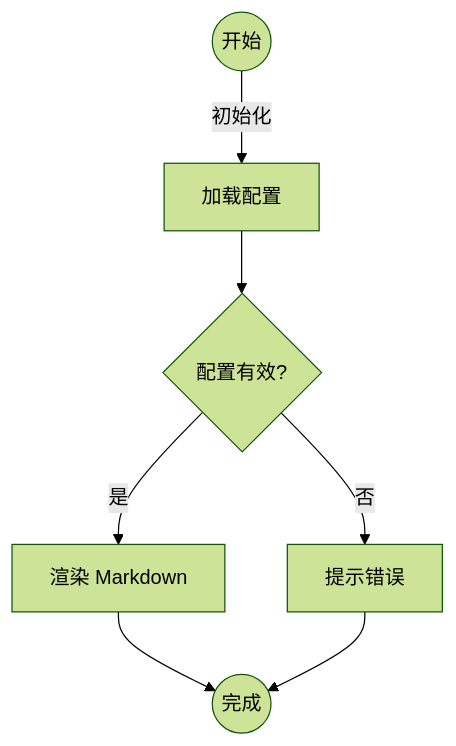
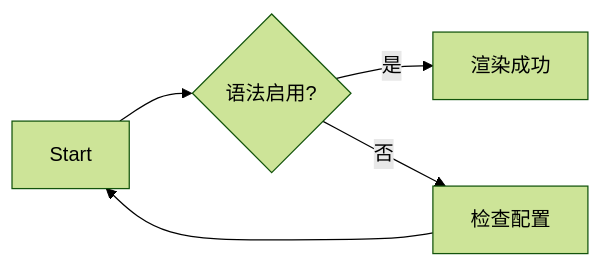
One commit to xiaoliziawa/Docs changed the diagram in docs/document/text.md. Above: the diagram before and after it, drawn with Mermaid (forest theme). The commit also changed other lines of this file and 11 other files, not shown here.

````diff
--- a/docs/document/text.md
+++ b/docs/document/text.md
@@ -199,9 +107,7 @@
 ```mermaid
-flowchart TD
-  Start((开始)) --> |初始化| A[加载配置]
-  A --> B{配置有效?}
-  B -- 是 --> C[渲染 Markdown]
-  B -- 否 --> D[提示错误]
-  C --> End((完成))
-  D --> End
+flowchart LR
+  Start --> Decision{语法启用?}
+  Decision -- 是 --> Render[渲染成功]
+  Decision -- 否 --> Fix[检查配置]
+  Fix --> Start
 ```
````
